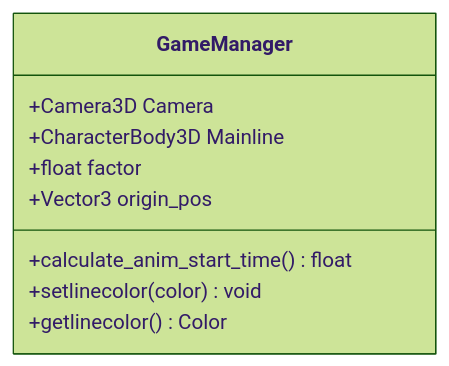
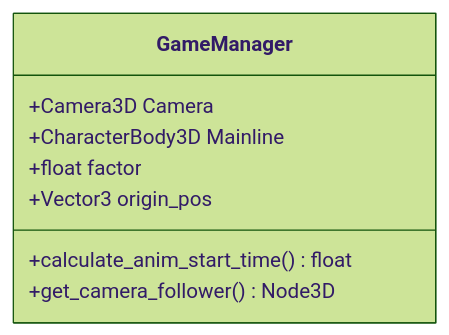
The third of 13 diagrams in .qoder/repowiki/zh/content/模板系统/示例场景.md (godotline/godot-line), drawn with Mermaid (forest theme) before and after one commit. The commit also changed other lines of this file and 10 other files, not shown here.

````diff
--- a/.qoder/repowiki/zh/content/模板系统/示例场景.md
+++ b/.qoder/repowiki/zh/content/模板系统/示例场景.md
@@ -168,12 +190,11 @@
 ```mermaid
 classDiagram
 class GameManager {
 +Camera3D Camera
 +CharacterBody3D Mainline
 +float factor
 +Vector3 origin_pos
 +calculate_anim_start_time() float
-+setlinecolor(color) void
-+getlinecolor() Color
++get_camera_follower() Node3D
 }
 ```
````
